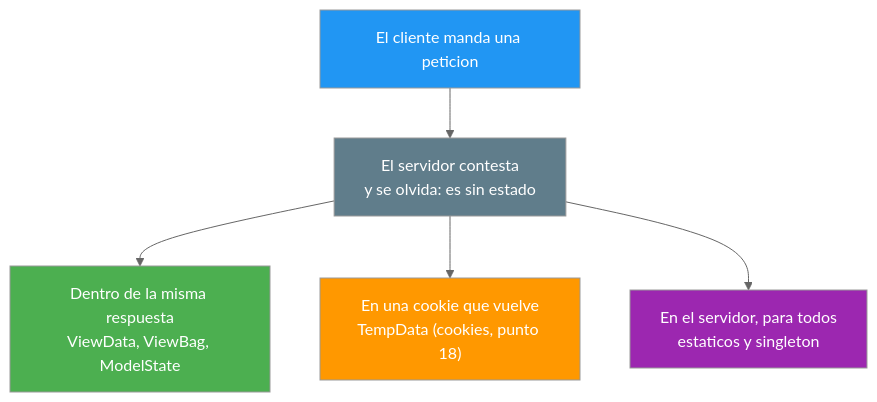
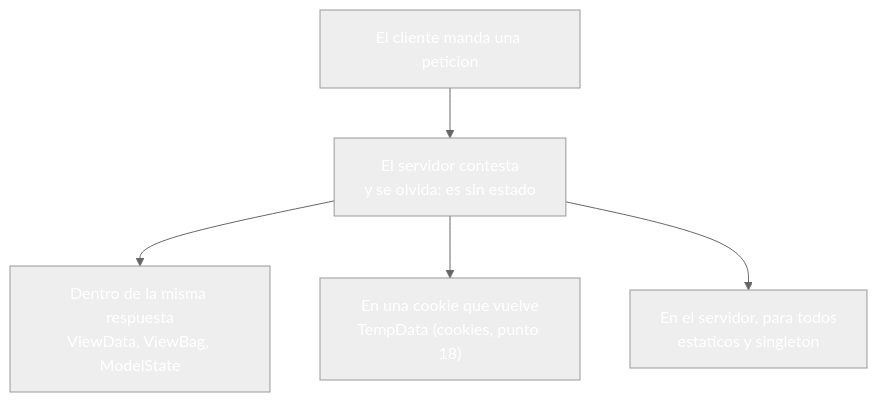
The first of 4 diagrams in 17-estado-app.md (joseluisgs/DesarrolloWebEntornosServidor-03-2026-2027), drawn with Mermaid (neutral theme) before and after one commit. The commit also changed other lines of this file and 30 other files, not shown here.

````diff
--- a/17-estado-app.md
+++ b/17-estado-app.md
@@ -84,12 +84,12 @@
 ```mermaid
 graph TD
     P["El cliente manda una peticion"] --> R["El servidor contesta<br/>y se olvida: es sin estado"]
     R --> T1["Dentro de la misma respuesta<br/>ViewData, ViewBag, ModelState"]
     R --> T2["En una cookie que vuelve<br/>TempData (cookies, punto 18)"]
     R --> T3["En el servidor, para todos<br/>estaticos y singleton"]
-    style P fill:#2196F3,color:#fff
-    style R fill:#607D8B,color:#fff
-    style T1 fill:#4CAF50,color:#fff
-    style T2 fill:#FF9800,color:#fff
-    style T3 fill:#9C27B0,color:#fff
+    style P fill:#2196F,color:#fff3,color:#fff
+    style R fill:#607D8,color:#fffB,color:#fff
+    style T1 fill:#4CAF5,color:#fff0,color:#fff
+    style T2 fill:#FF980,color:#fff0,color:#fff
+    style T3 fill:#9C27B,color:#fff0,color:#fff
 ```
````
